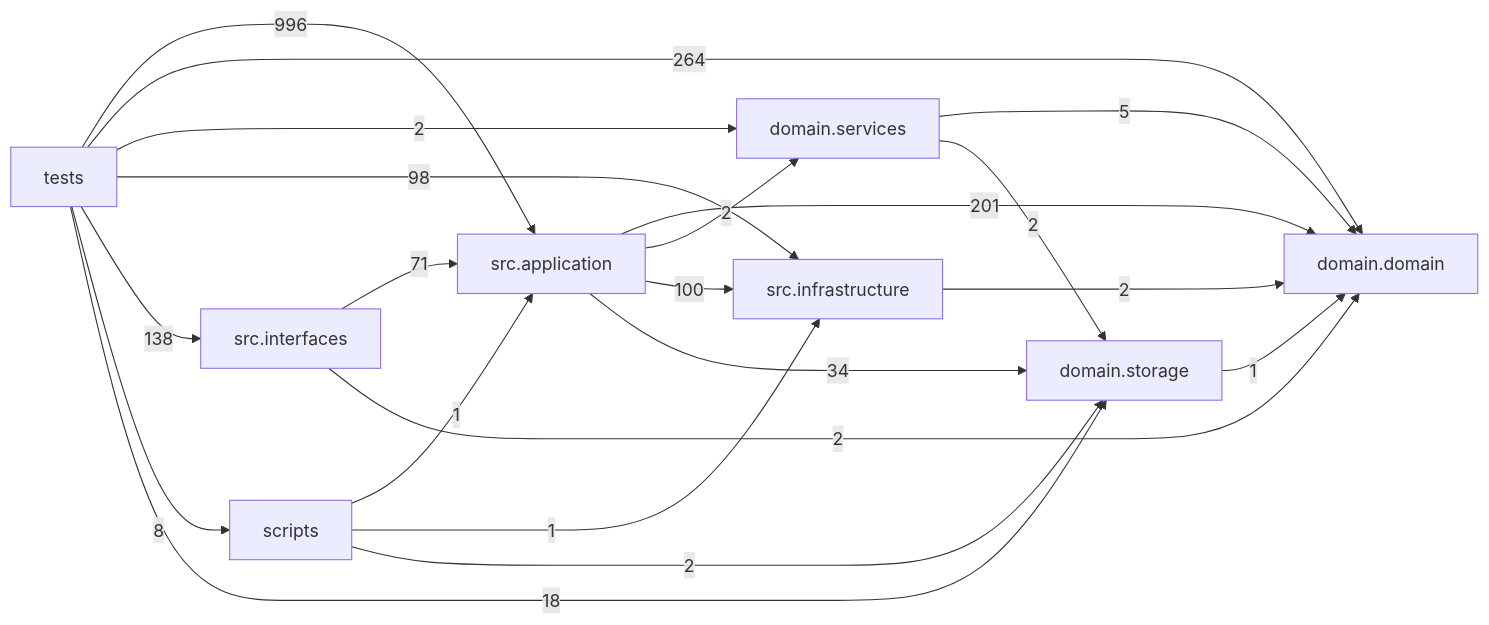
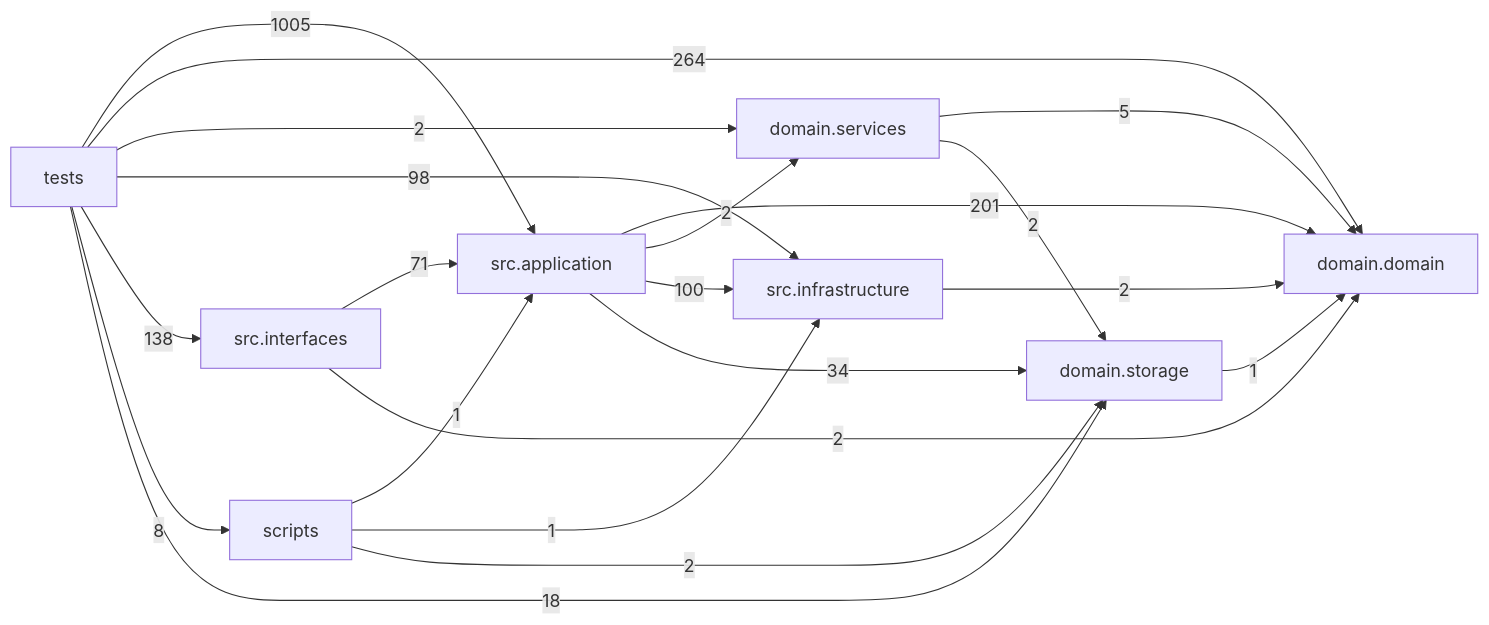
Before and after one commit to liuxie066/options-monitor: the diagram in docs/DEPENDENCY_GRAPH.md, drawn with Mermaid. The commit also changed other lines of this file and 11 other files, not shown here.

````diff
--- a/docs/DEPENDENCY_GRAPH.md
+++ b/docs/DEPENDENCY_GRAPH.md
@@ -24,31 +24,31 @@
 ```mermaid
 flowchart LR
   tests["tests"]
   scripts["scripts"]
   interfaces["src.interfaces"]
   application["src.application"]
   infrastructure["src.infrastructure"]
   domain_services["domain.services"]
   domain["domain.domain"]
   storage["domain.storage"]
   application -->|201| domain
   application -->|2| domain_services
   application -->|100| infrastructure
   application -->|34| storage
   domain_services -->|5| domain
   domain_services -->|2| storage
   infrastructure -->|2| domain
   interfaces -->|71| application
   interfaces -->|2| domain
   scripts -->|1| application
   scripts -->|1| infrastructure
   scripts -->|2| storage
   storage -->|1| domain
-  tests -->|996| application
+  tests -->|1005| application
   tests -->|264| domain
   tests -->|2| domain_services
   tests -->|98| infrastructure
   tests -->|138| interfaces
   tests -->|8| scripts
   tests -->|18| storage
 ```
````
